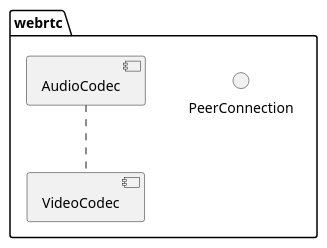
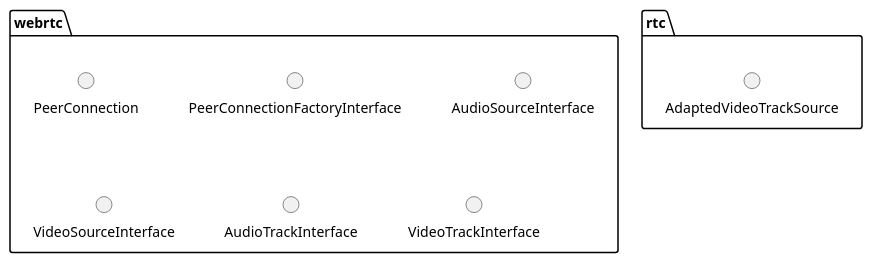
Before and after one commit to mingxin505/webrtcNote: the diagram in webrtc_chrome/component.md, drawn with PlantUML. The commit also changed other lines of this file and 11 other files, not shown here.

Commit message:
gitlab中的plantuml，换了URL后要手动更新一下图，更新才应用。

````diff
--- a/webrtc_chrome/component.md
+++ b/webrtc_chrome/component.md
@@ -2,8 +2,15 @@
 ```plantuml
 @startuml
 package webrtc {
     () PeerConnection
-    [AudioCodec] .. [VideoCodec]
+    () PeerConnectionFactoryInterface
+    () AudioSourceInterface
+    () VideoSourceInterface
+    () AudioTrackInterface
+    () VideoTrackInterface
+}
+package rtc {
+    () AdaptedVideoTrackSource 
 }
 @enduml
 ```
````
